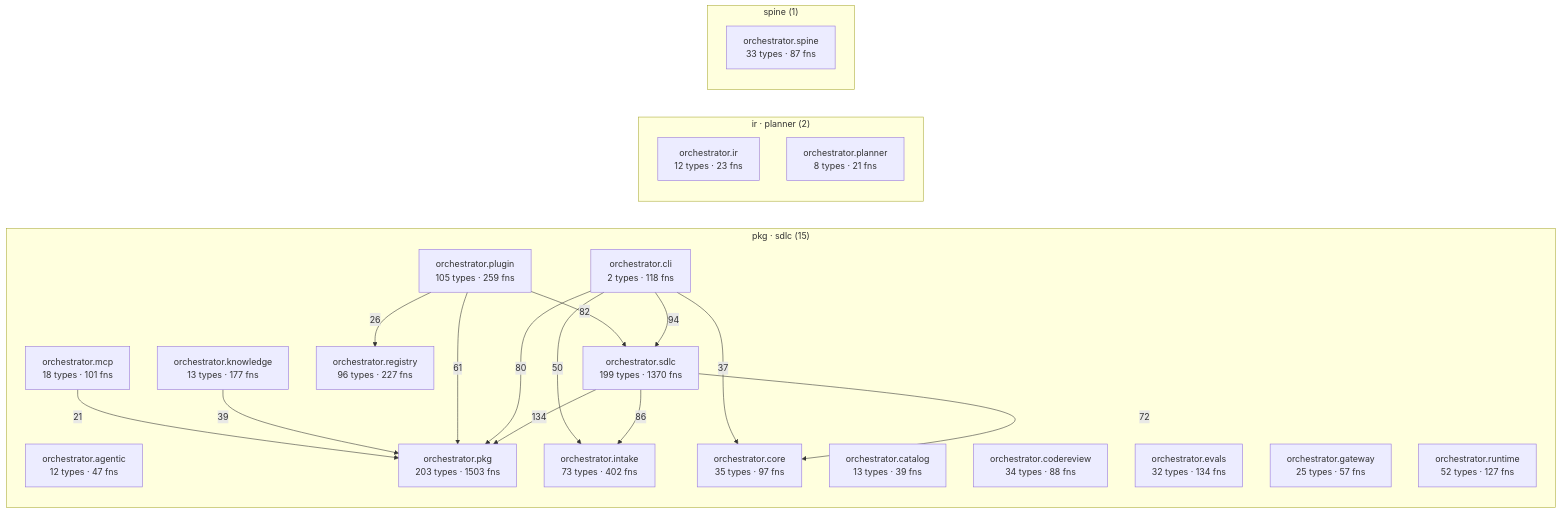
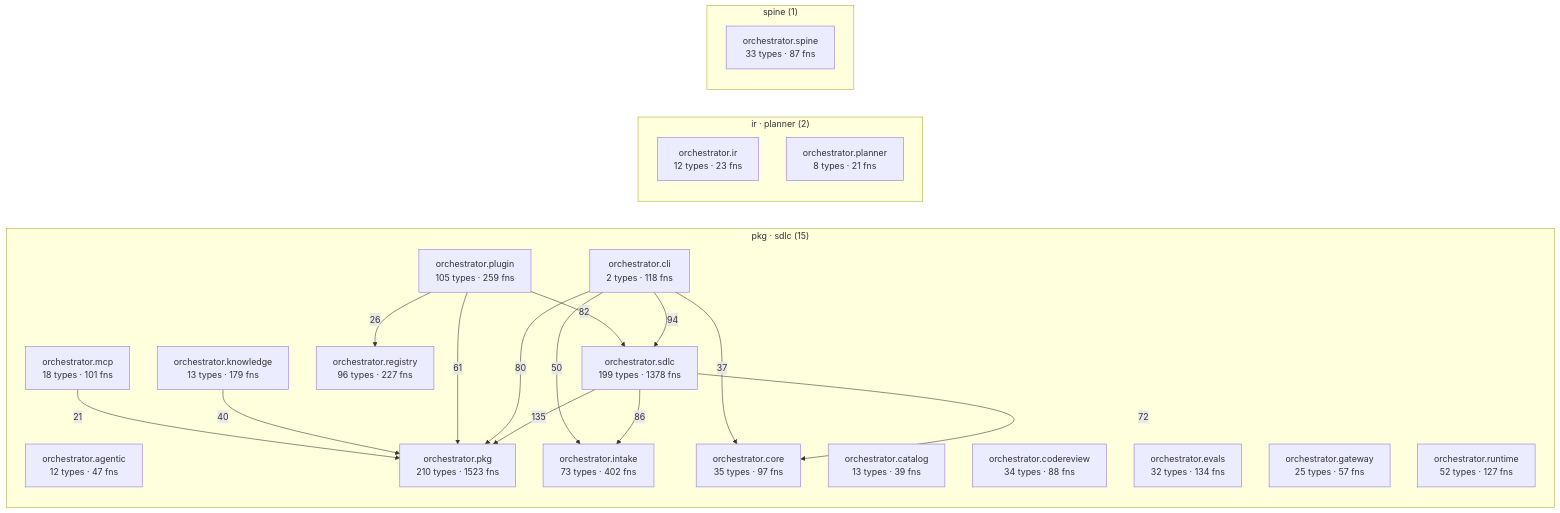
The diagram in episteme/architecture.md (synaptixs/spine), drawn with Mermaid before and after one commit. The commit also changed other lines of this file and 44 other files, not shown here.

````diff
--- a/episteme/architecture.md
+++ b/episteme/architecture.md
@@ -56,39 +56,39 @@
 ```mermaid
 flowchart LR
   subgraph c_2["pkg · sdlc (15)"]
     aorchestratoragentic["orchestrator.agentic<br/>12 types · 47 fns"]
     aorchestratorcatalog["orchestrator.catalog<br/>13 types · 39 fns"]
     aorchestratorcli["orchestrator.cli<br/>2 types · 118 fns"]
     aorchestratorcodereview["orchestrator.codereview<br/>34 types · 88 fns"]
     aorchestratorcore["orchestrator.core<br/>35 types · 97 fns"]
     aorchestratorevals["orchestrator.evals<br/>32 types · 134 fns"]
     aorchestratorgateway["orchestrator.gateway<br/>25 types · 57 fns"]
     aorchestratorintake["orchestrator.intake<br/>73 types · 402 fns"]
-    aorchestratorknowledge["orchestrator.knowledge<br/>13 types · 177 fns"]
+    aorchestratorknowledge["orchestrator.knowledge<br/>13 types · 179 fns"]
     aorchestratormcp["orchestrator.mcp<br/>18 types · 101 fns"]
-    aorchestratorpkg["orchestrator.pkg<br/>203 types · 1503 fns"]
+    aorchestratorpkg["orchestrator.pkg<br/>210 types · 1523 fns"]
     aorchestratorplugin["orchestrator.plugin<br/>105 types · 259 fns"]
     aorchestratorregistry["orchestrator.registry<br/>96 types · 227 fns"]
     aorchestratorruntime["orchestrator.runtime<br/>52 types · 127 fns"]
-    aorchestratorsdlc["orchestrator.sdlc<br/>199 types · 1370 fns"]
+    aorchestratorsdlc["orchestrator.sdlc<br/>199 types · 1378 fns"]
   end
   subgraph c_6["ir · planner (2)"]
     aorchestratorir["orchestrator.ir<br/>12 types · 23 fns"]
     aorchestratorplanner["orchestrator.planner<br/>8 types · 21 fns"]
   end
   subgraph c_12["spine (1)"]
     aorchestratorspine["orchestrator.spine<br/>33 types · 87 fns"]
   end
-  aorchestratorsdlc -->|134| aorchestratorpkg
+  aorchestratorsdlc -->|135| aorchestratorpkg
   aorchestratorcli -->|94| aorchestratorsdlc
   aorchestratorsdlc -->|86| aorchestratorintake
   aorchestratorplugin -->|82| aorchestratorsdlc
   aorchestratorcli -->|80| aorchestratorpkg
   aorchestratorsdlc -->|72| aorchestratorcore
   aorchestratorplugin -->|61| aorchestratorpkg
   aorchestratorcli -->|50| aorchestratorintake
-  aorchestratorknowledge -->|39| aorchestratorpkg
+  aorchestratorknowledge -->|40| aorchestratorpkg
   aorchestratorcli -->|37| aorchestratorcore
   aorchestratorplugin -->|26| aorchestratorregistry
   aorchestratormcp -->|21| aorchestratorpkg
 ```
````
